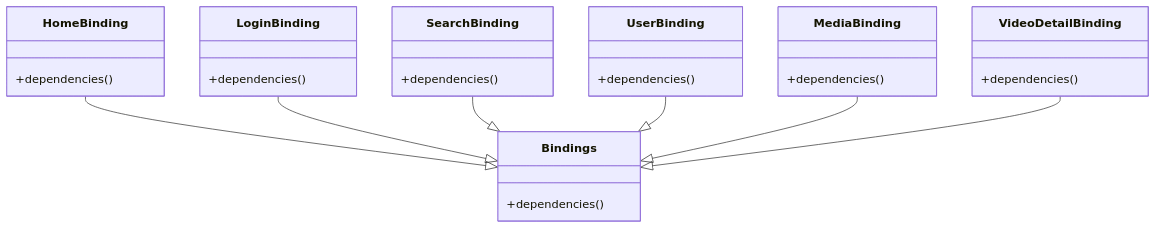
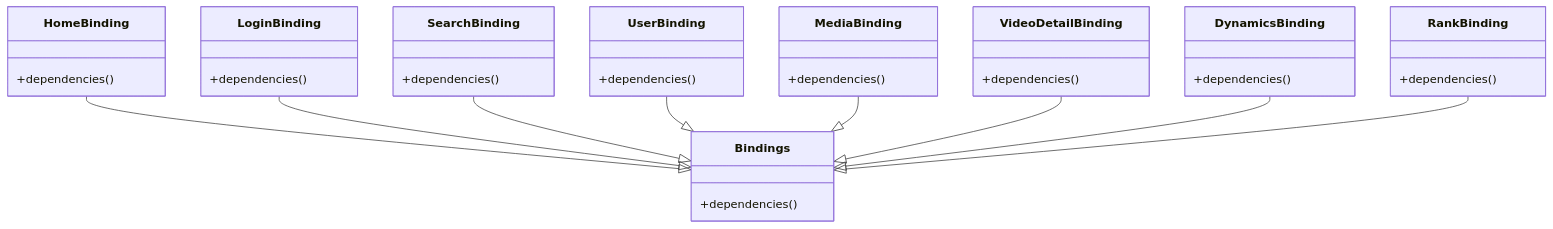
Before and after one commit to justLXX/pilipala: the fourth of 7 diagrams in .qoder/repowiki/zh/content/核心模块/依赖注入.md, drawn with Mermaid. The commit also changed other lines of this file and 194 other files, not shown here.

````diff
--- a/.qoder/repowiki/zh/content/核心模块/依赖注入.md
+++ b/.qoder/repowiki/zh/content/核心模块/依赖注入.md
@@ -227,30 +269,38 @@
 ```mermaid
 classDiagram
 class Bindings {
 +dependencies()
 }
 class HomeBinding {
 +dependencies()
 }
 class LoginBinding {
 +dependencies()
 }
 class SearchBinding {
 +dependencies()
 }
 class UserBinding {
 +dependencies()
 }
 class MediaBinding {
 +dependencies()
 }
 class VideoDetailBinding {
 +dependencies()
 }
+class DynamicsBinding {
++dependencies()
+}
+class RankBinding {
++dependencies()
+}
 HomeBinding --|> Bindings
 LoginBinding --|> Bindings
 SearchBinding --|> Bindings
 UserBinding --|> Bindings
 MediaBinding --|> Bindings
 VideoDetailBinding --|> Bindings
+DynamicsBinding --|> Bindings
+RankBinding --|> Bindings
 ```
````
